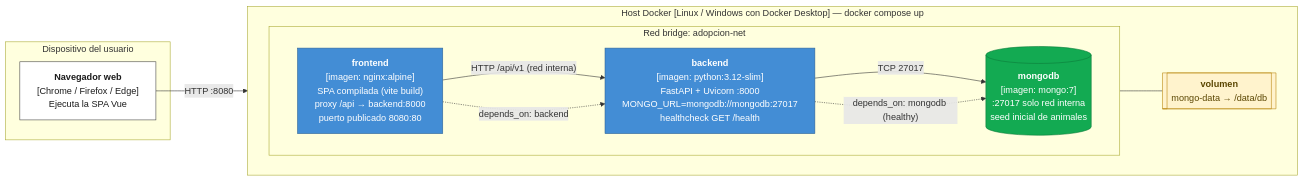
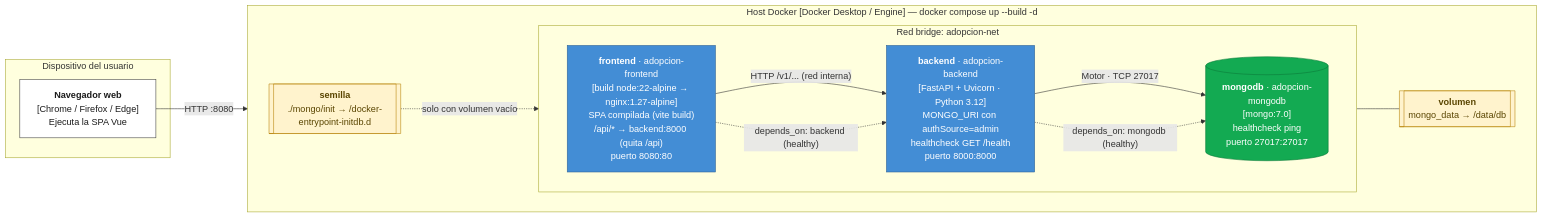
Before and after one commit to tomoxpy16/Taller-Stack-Tecnologico: the diagram in docs/diagramas/fuente/05-despliegue.mmd, drawn with Mermaid. The commit also changed 15 other files, not shown here.

First line of the commit message:
docs: alinear diagramas con el docker-compose real y agregar modelo de datos

```diff
--- a/docs/diagramas/fuente/05-despliegue.mmd
+++ b/docs/diagramas/fuente/05-despliegue.mmd
@@ -1,27 +1,29 @@
 flowchart LR
   classDef node fill:#ffffff,stroke:#444,color:#1b1b1b
   classDef container fill:#438DD5,stroke:#2E6295,color:#fff
   classDef db fill:#13AA52,stroke:#0B7A3A,color:#fff
   classDef vol fill:#FFF3CD,stroke:#B8860B,color:#5a4500
 
   subgraph CLIENT["Dispositivo del usuario"]
     BR["<b>Navegador web</b><br/>[Chrome / Firefox / Edge]<br/>Ejecuta la SPA Vue"]:::node
   end
 
-  subgraph HOST["Host Docker [Linux / Windows con Docker Desktop] — docker compose up"]
+  subgraph HOST["Host Docker [Docker Desktop / Engine] — docker compose up --build -d"]
     direction LR
     subgraph NET["Red bridge: adopcion-net"]
       direction LR
-      FE["<b>frontend</b><br/>[imagen: nginx:alpine]<br/>SPA compilada (vite build)<br/>proxy /api → backend:8000<br/>puerto publicado 8080:80"]:::container
-      BE["<b>backend</b><br/>[imagen: python:3.12-slim]<br/>FastAPI + Uvicorn :8000<br/>MONGO_URL=mongodb://mongodb:27017<br/>healthcheck GET /health"]:::container
-      MG[("<b>mongodb</b><br/>[imagen: mongo:7]<br/>:27017 solo red interna<br/>seed inicial de animales")]:::db
+      FE["<b>frontend</b> · adopcion-frontend<br/>[build node:22-alpine → nginx:1.27-alpine]<br/>SPA compilada (vite build)<br/>/api/* → backend:8000 (quita /api)<br/>puerto 8080:80"]:::container
+      BE["<b>backend</b> · adopcion-backend<br/>[FastAPI + Uvicorn · Python 3.12]<br/>MONGO_URI con authSource=admin<br/>healthcheck GET /health<br/>puerto 8000:8000"]:::container
+      MG[("<b>mongodb</b> · adopcion-mongodb<br/>[mongo:7.0]<br/>healthcheck ping<br/>puerto 27017:27017")]:::db
     end
-    VOL[["<b>volumen</b><br/>mongo-data → /data/db"]]:::vol
+    VOL[["<b>volumen</b><br/>mongo_data → /data/db"]]:::vol
+    SEED[["<b>semilla</b><br/>./mongo/init → /docker-entrypoint-initdb.d"]]:::vol
   end
 
   BR -->|"HTTP :8080"| FE
-  FE -->|"HTTP /api/v1 (red interna)"| BE
-  BE -->|"TCP 27017"| MG
+  FE -->|"HTTP /v1/... (red interna)"| BE
+  BE -->|"Motor · TCP 27017"| MG
   MG --- VOL
+  SEED -. "solo con volumen vacío" .-> MG
   BE -. "depends_on: mongodb (healthy)" .-> MG
-  FE -. "depends_on: backend" .-> BE
+  FE -. "depends_on: backend (healthy)" .-> BE
```
